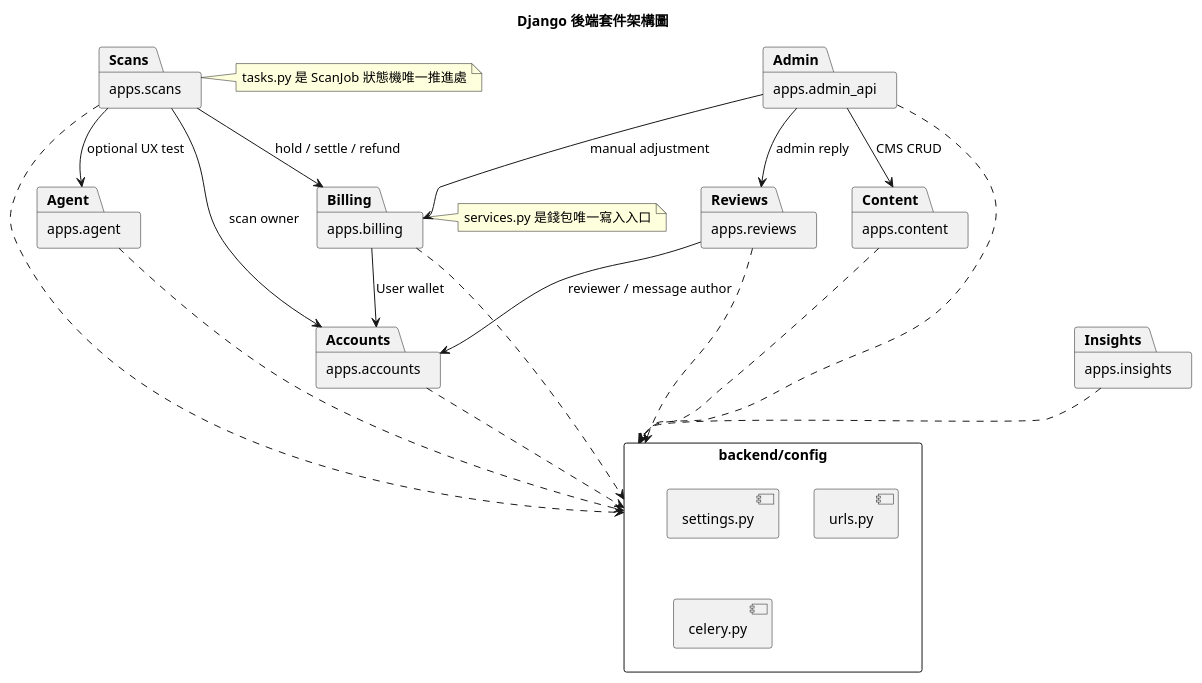
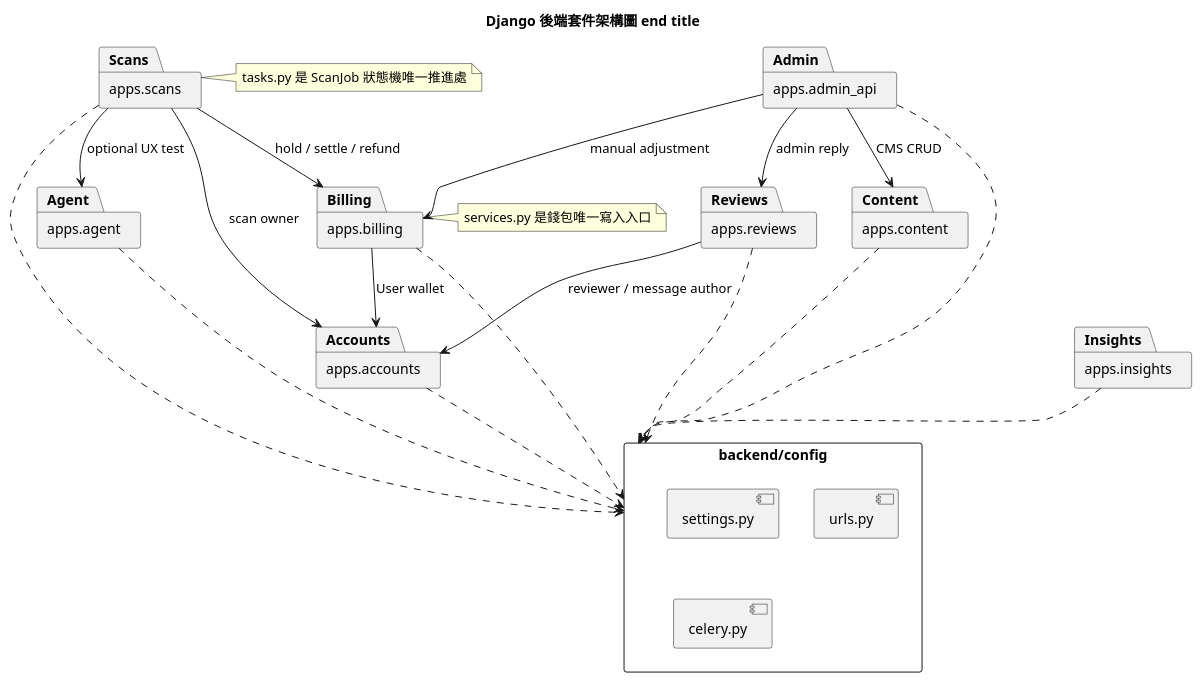
The tenth of 13 diagrams in PlantUML.md (Djude1/Argus), drawn with PlantUML before and after one commit. The commit also changed other lines of this file, not shown here.

````diff
--- a/PlantUML.md
+++ b/PlantUML.md
@@ -692,49 +692,49 @@
 ```plantuml
 @startuml
-title Django 後端套件架構圖
+title Django 後端套件架構圖 end title
 skinparam defaultFontName Microsoft JhengHei
 skinparam shadowing false
 skinparam packageStyle rectangle
 
 package "backend/config" as Config {
   [settings.py]
   [urls.py]
   [celery.py]
 }
 
 package "apps.accounts" as Accounts
 package "apps.scans" as Scans
 package "apps.billing" as Billing
 package "apps.reviews" as Reviews
 package "apps.content" as Content
 package "apps.admin_api" as Admin
 package "apps.agent" as Agent
 package "apps.insights" as Insights
 
 Accounts ..> Config
 Scans ..> Config
 Billing ..> Config
 Reviews ..> Config
 Content ..> Config
 Admin ..> Config
 Agent ..> Config
 Insights ..> Config
 
 Scans --> Billing : hold / settle / refund
 Scans --> Agent : optional UX test
 Admin --> Billing : manual adjustment
 Admin --> Reviews : admin reply
 Admin --> Content : CMS CRUD
 Billing --> Accounts : User wallet
 Reviews --> Accounts : reviewer / message author
 Scans --> Accounts : scan owner
 
 note right of Billing
   services.py 是錢包唯一寫入入口
 end note
 
 note right of Scans
   tasks.py 是 ScanJob 狀態機唯一推進處
 end note
 @enduml
 ```
````
